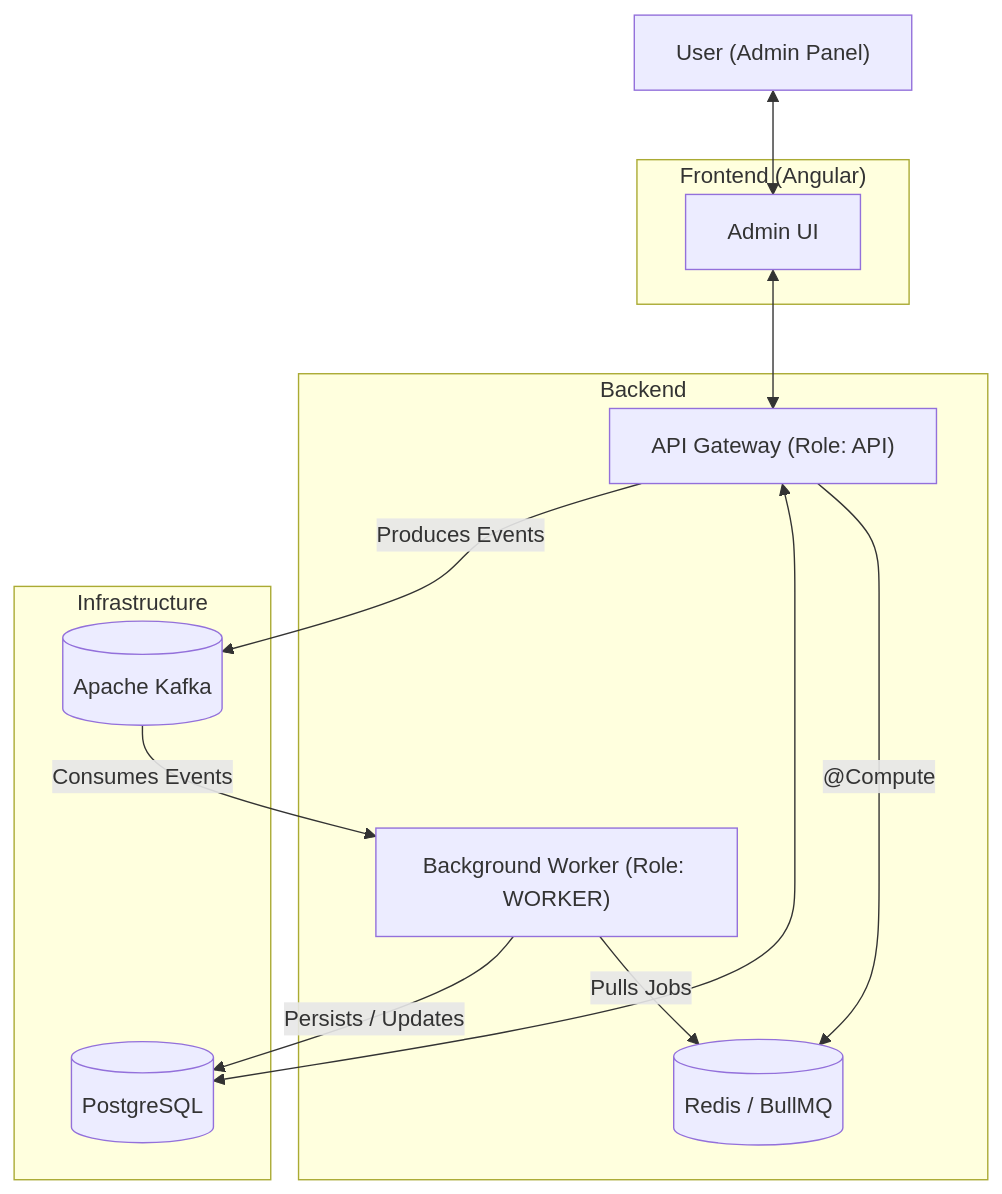
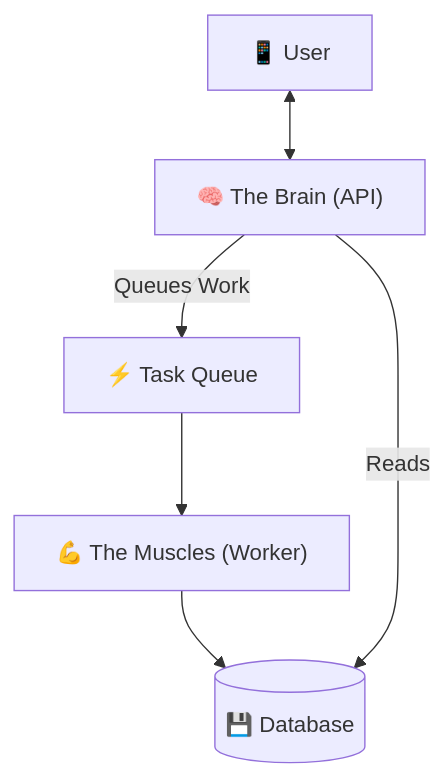
The first of 2 diagrams in README.md (yavarguliyev/express-nest-blueprint), drawn with Mermaid before and after one commit. The commit also changed other lines of this file and 59 other files, not shown here.

Commit message:
feat: Implement BullMQ for background job processing, refactor application bootstrap, and enhance admin and user modules.

````diff
--- a/README.md
+++ b/README.md
@@ -73,30 +66,14 @@
 ```mermaid
 graph TD
-    User["User (Admin Panel)"]
+    User["📱 User"]
+    API["🧠 The Brain (API)"]
+    Queue["⚡ Task Queue"]
+    Worker["💪 The Muscles (Worker)"]
+    DB[("💾 Database")]
 
-    subgraph Frontend["Frontend (Angular)"]
-        UI["Admin UI"]
-    end
-
-    subgraph Backend["Backend"]
-        API["API Gateway (Role: API)"]
-        Worker["Background Worker (Role: WORKER)"]
-
-        API -- "@Compute" --> Redis
-        Worker -- "Pulls Jobs" --> Redis
-    end
-
-    subgraph Infra["Infrastructure"]
-        Postgres[("PostgreSQL")]
-        Redis[("Redis / BullMQ")]
-        Kafka[("Apache Kafka")]
-    end
-
-    User <--> UI
-    UI <--> API
-    API <--> Postgres
-
-    API -- "Produces Events" --> Kafka
-    Kafka -- "Consumes Events" --> Worker
-    Worker -- "Persists / Updates" --> Postgres
+    User <--> API
+    API -- "Queues Work" --> Queue
+    Queue --> Worker
+    Worker --> DB
+    API -- "Reads" --> DB
 ```
````
